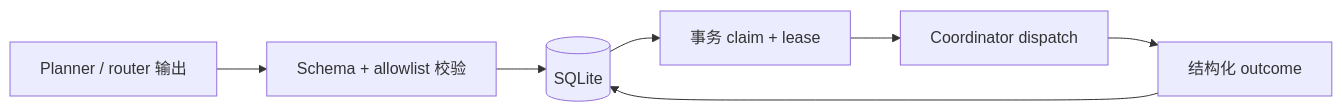
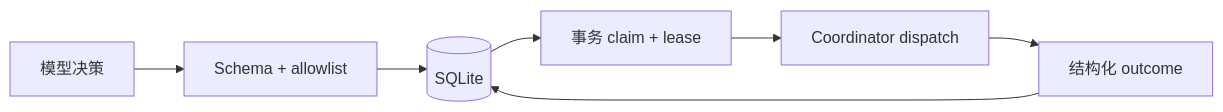
The first of 2 diagrams in droid-wiki/background/design-decisions.md (oldwinter/herdr-orchestrator), drawn with Mermaid before and after one commit. The commit also changed other lines of this file and 62 other files, not shown here.

````diff
--- a/droid-wiki/background/design-decisions.md
+++ b/droid-wiki/background/design-decisions.md
@@ -16,9 +17,9 @@
 ```mermaid
 flowchart LR
-    Model["Planner / router 输出"] --> Validate["Schema + allowlist 校验"]
-    Validate --> Store[("SQLite")]
-    Store --> Claim["事务 claim + lease"]
-    Claim --> Dispatch["Coordinator dispatch"]
-    Dispatch --> Outcome["结构化 outcome"]
-    Outcome --> Store
+    模型[模型决策] --> 校验[Schema + allowlist]
+    校验 --> Queue[(SQLite)]
+    Queue --> Claim[事务 claim + lease]
+    Claim --> Dispatch[Coordinator dispatch]
+    Dispatch --> Outcome[结构化 outcome]
+    Outcome --> Queue
 ```
````
